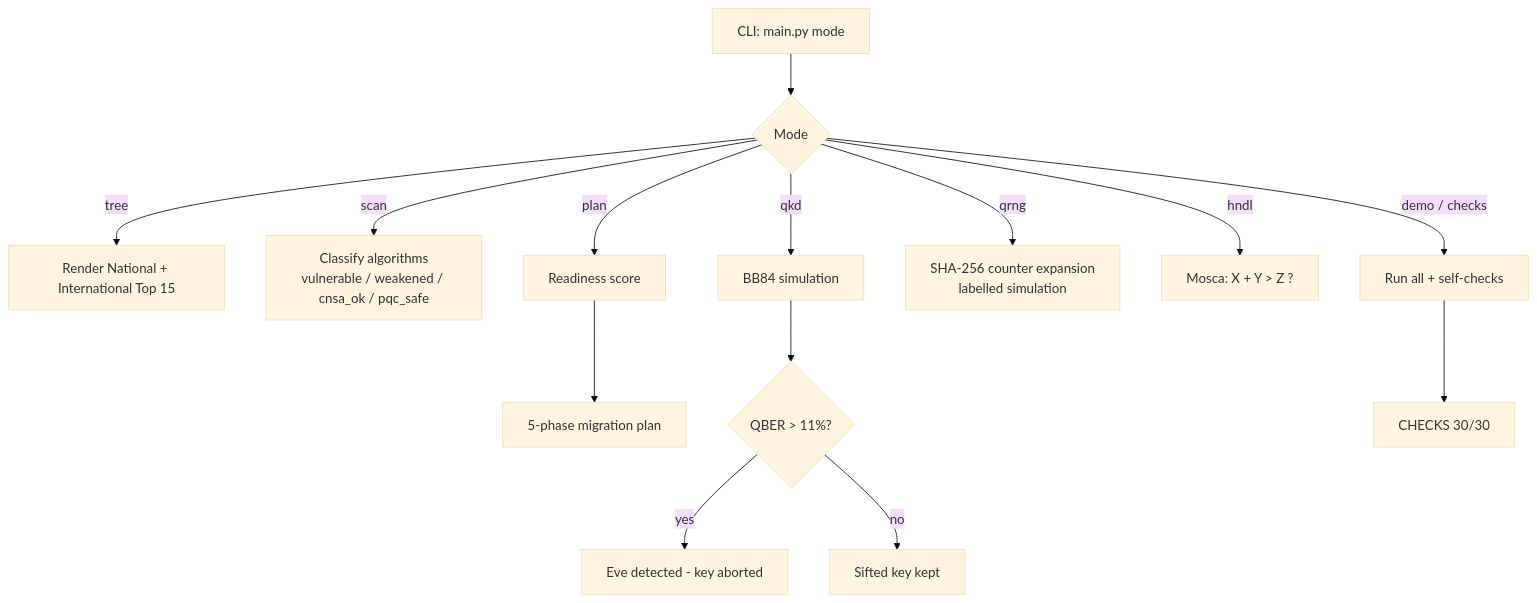
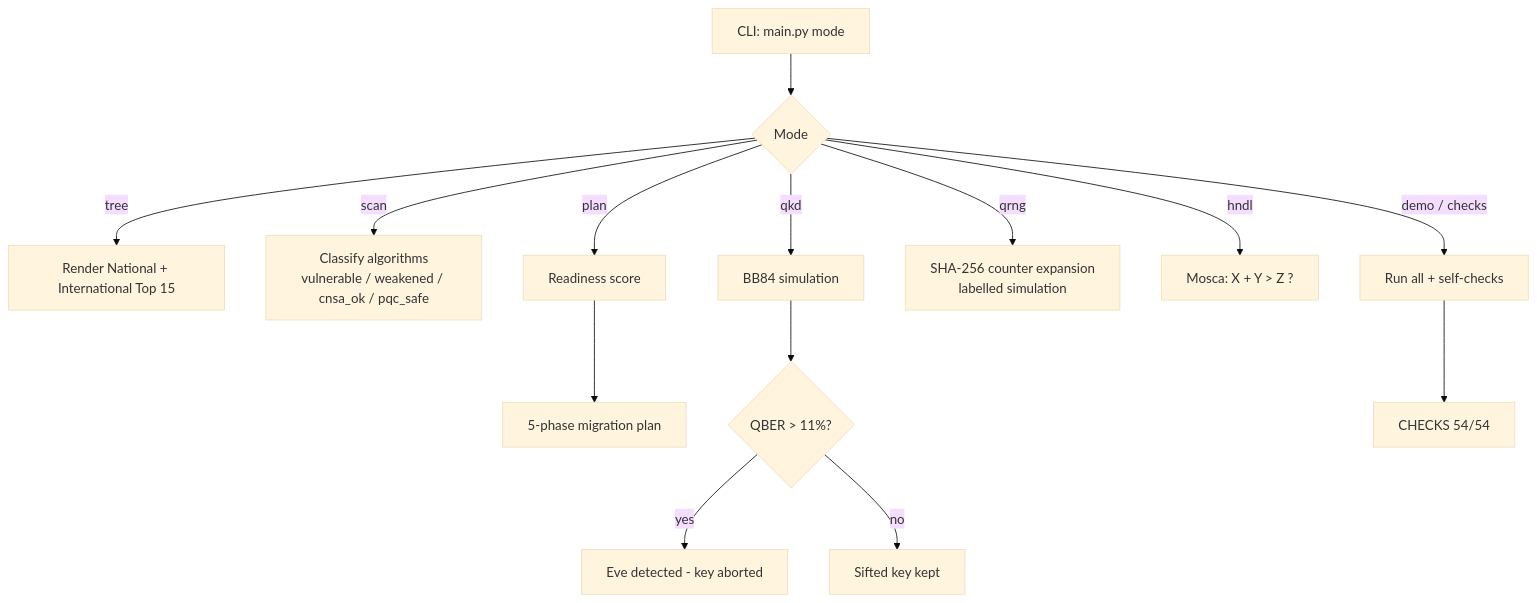
One commit to kimanicollier44-cmyk/ACD-QUANTUM changed the first of 2 diagrams in README.md. Above: the diagram before and after it, drawn with Mermaid (base theme). The commit also changed other lines of this file and 3 other files, not shown here.

````diff
--- a/README.md
+++ b/README.md
@@ -63,13 +73,13 @@
 ```mermaid
 flowchart TD
     A[CLI: main.py mode] --> B{Mode}
     B -->|tree| C[Render National + International Top 15]
     B -->|scan| D[Classify algorithms<br/>vulnerable / weakened / cnsa_ok / pqc_safe]
     B -->|plan| E[Readiness score] --> F[5-phase migration plan]
     B -->|qkd| G[BB84 simulation] --> H{QBER > 11%?}
     H -->|yes| I[Eve detected - key aborted]
     H -->|no| J[Sifted key kept]
     B -->|qrng| K[SHA-256 counter expansion<br/>labelled simulation]
     B -->|hndl| L[Mosca: X + Y > Z ?]
-    B -->|demo / checks| M[Run all + self-checks] --> N[CHECKS 30/30]
+    B -->|demo / checks| M[Run all + self-checks] --> N[CHECKS 54/54]
 ```
````
